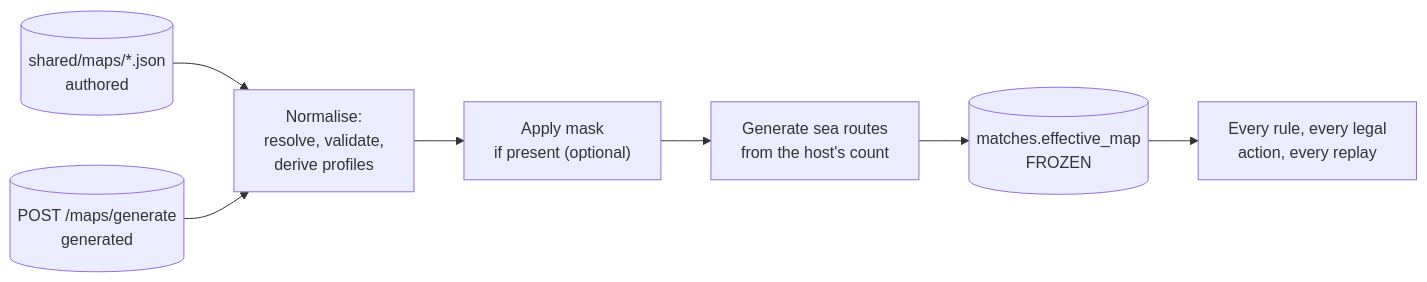
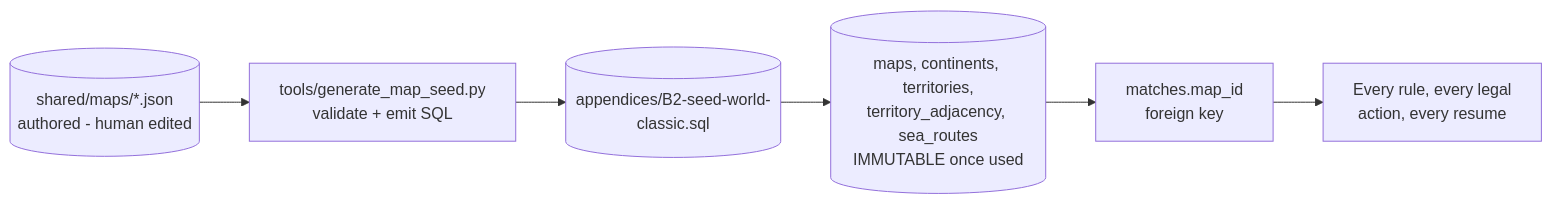
One commit to MujtabaNite/Order_And_Conquest changed the second of 2 diagrams in appendices/C-map-specification.md. Above: the diagram before and after it, drawn with Mermaid. The commit also changed other lines of this file and 9 other files, not shown here.

````diff
--- a/appendices/C-map-specification.md
+++ b/appendices/C-map-specification.md
@@ -336,9 +415,8 @@
 ```mermaid
 flowchart LR
-    SRC1[("shared/maps/*.json<br/>authored")] --> NORM["Normalise:<br/>resolve, validate,<br/>derive profiles"]
-    SRC2[("POST /maps/generate<br/>generated")] --> NORM
-    NORM --> MASK["Apply mask<br/>if present (optional)"]
-    MASK --> SEA["Generate sea routes<br/>from the host's count"]
-    SEA --> FREEZE[("matches.effective_map<br/>FROZEN")]
-    FREEZE --> PLAY["Every rule, every legal<br/>action, every replay"]
+    SRC1[("shared/maps/*.json<br/>authored - human edited")] --> GEN["tools/generate_map_seed.py<br/>validate + emit SQL"]
+    GEN --> SEED[("appendices/B2-seed-world-classic.sql")]
+    SEED --> TABLES[("maps, continents, territories,<br/>territory_adjacency, sea_routes<br/>IMMUTABLE once used")]
+    TABLES --> REF["matches.map_id<br/>foreign key"]
+    REF --> PLAY["Every rule, every legal<br/>action, every resume"]
 ```
````
